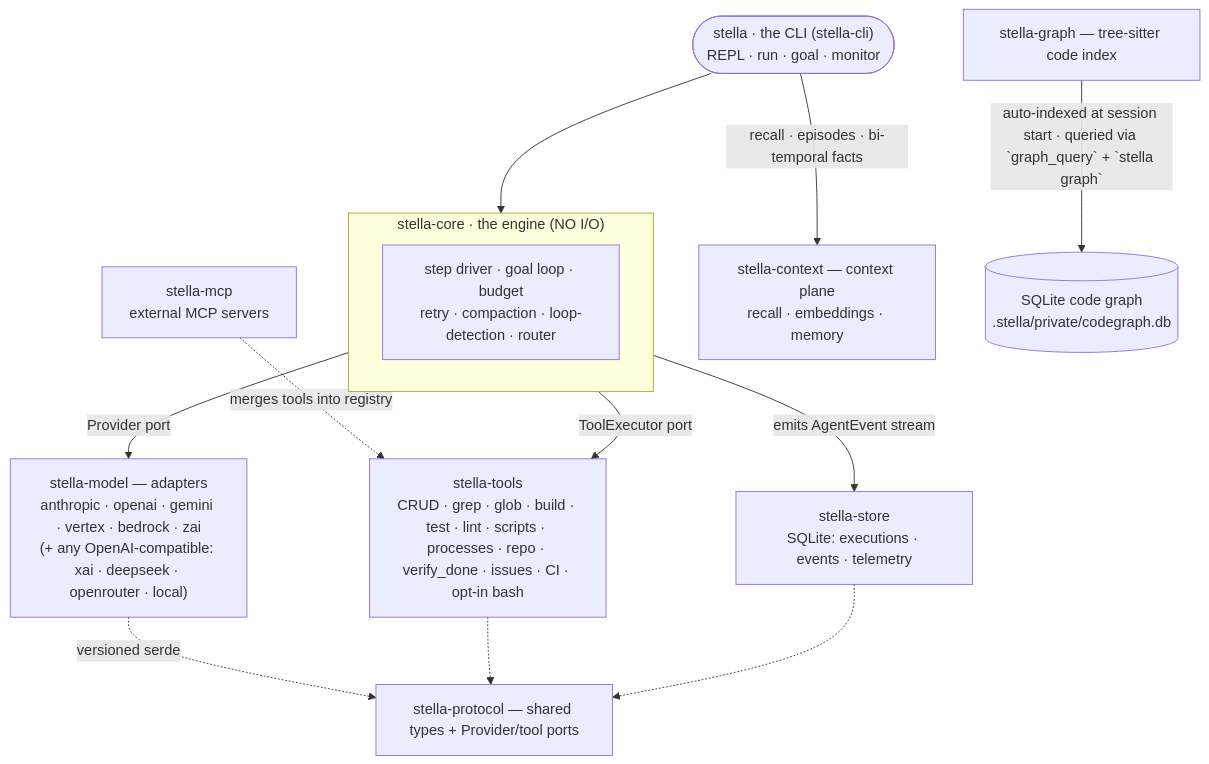
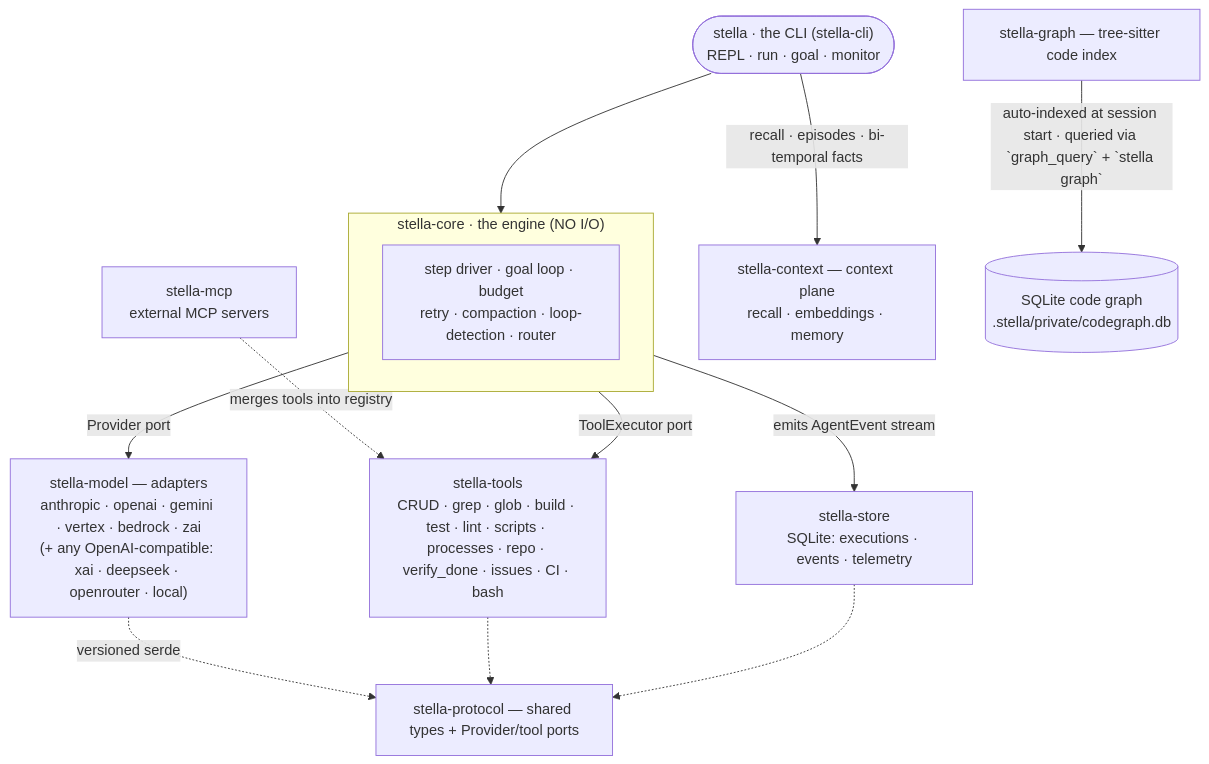
The diagram in README.md (macanderson/stella), drawn with Mermaid before and after one commit. The commit also changed other lines of this file and 132 other files, not shown here.

````diff
--- a/README.md
+++ b/README.md
@@ -611,16 +620,16 @@
 ```mermaid
 flowchart TD
     U(["stella · the CLI (stella-cli)<br/>REPL · run · goal · monitor"]) --> CORE
     subgraph CORE["stella-core · the engine (NO I/O)"]
       ENG["step driver · goal loop · budget<br/>retry · compaction · loop-detection · router"]
     end
     CORE -->|Provider port| MODEL["stella-model — adapters<br/>anthropic · openai · gemini · vertex · bedrock · zai<br/>(+ any OpenAI-compatible: xai · deepseek · openrouter · local)"]
-    CORE -->|ToolExecutor port| TOOLS["stella-tools<br/>CRUD · grep · glob · build · test · lint · scripts · processes · repo · verify_done · issues · CI · opt-in bash"]
+    CORE -->|ToolExecutor port| TOOLS["stella-tools<br/>CRUD · grep · glob · build · test · lint · scripts · processes · repo · verify_done · issues · CI · bash"]
     MCP["stella-mcp<br/>external MCP servers"] -.->|merges tools into registry| TOOLS
     CORE -->|emits AgentEvent stream| STORE["stella-store<br/>SQLite: executions · events · telemetry"]
     U -->|"recall · episodes · bi-temporal facts"| CTX["stella-context — context plane<br/>recall · embeddings · memory"]
     GRAPH["stella-graph — tree-sitter code index"] -->|"auto-indexed at session start · queried via `graph_query` + `stella graph`"| DB[("SQLite code graph<br/>.stella/private/codegraph.db")]
     MODEL -.->|versioned serde| PROTO["stella-protocol — shared types + Provider/tool ports"]
     TOOLS -.-> PROTO
     STORE -.-> PROTO
 ```
````
